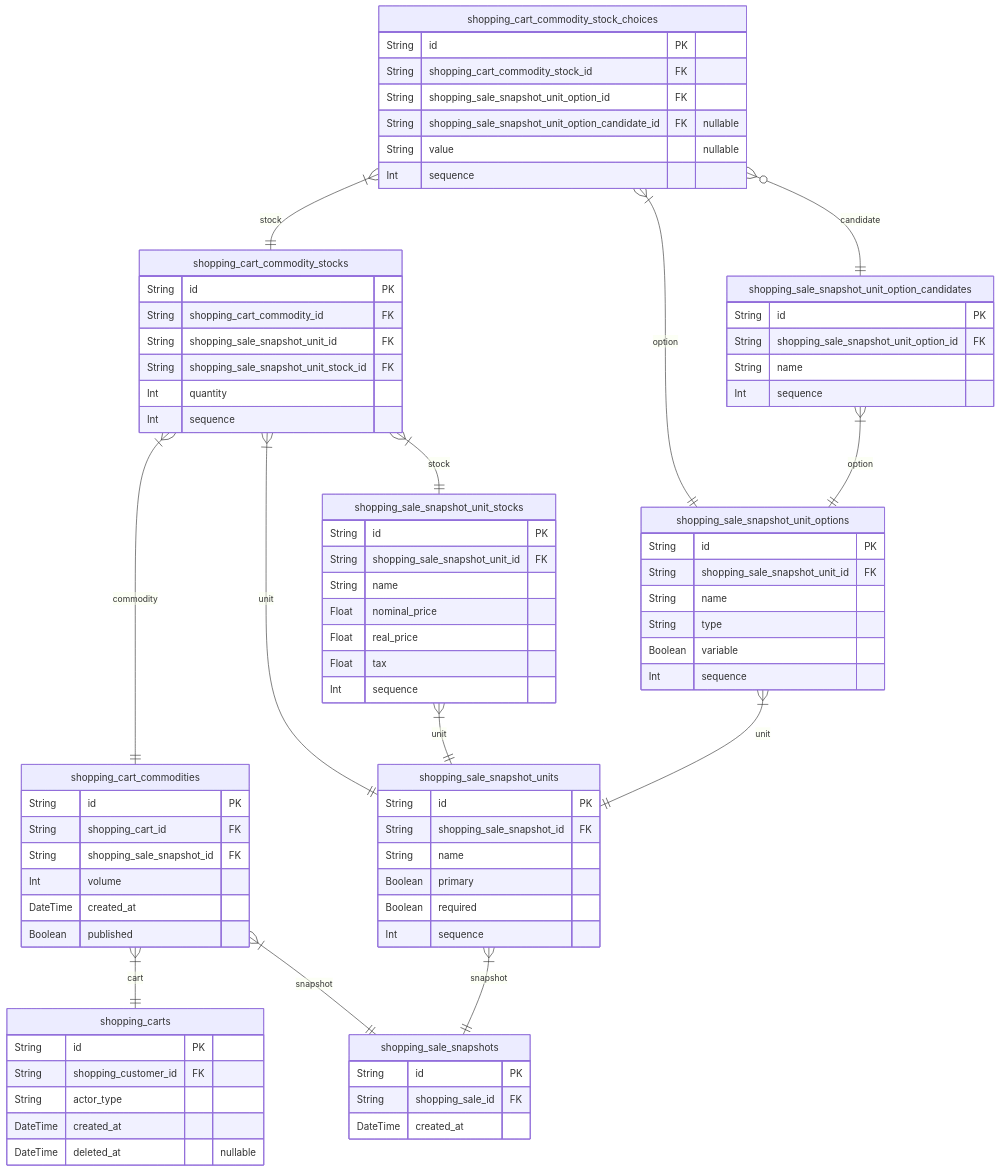
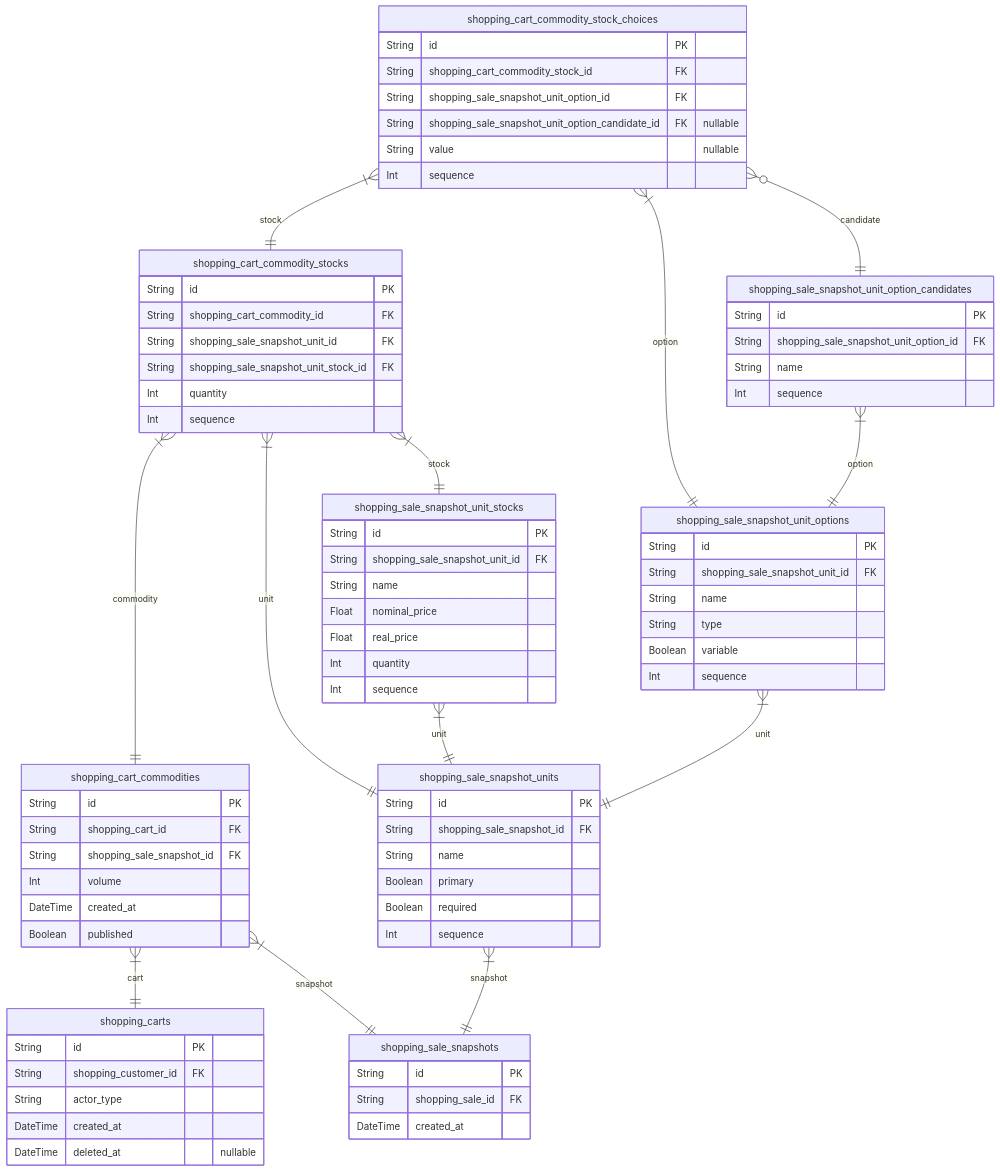
Before and after one commit to samchon/prisma-markdown: the sixth of 10 diagrams in ERD.md, drawn with Mermaid. The commit also changed other lines of this file and 1 other file, not shown here.

Commit message:
Advance example ERD

````diff
--- a/ERD.md
+++ b/ERD.md
@@ -1140,82 +1182,82 @@
 ```mermaid
 erDiagram
 "shopping_carts" {
     String id PK
     String shopping_customer_id FK
     String actor_type
     DateTime created_at
     DateTime deleted_at "nullable"
 }
 "shopping_cart_commodities" {
     String id PK
     String shopping_cart_id FK
     String shopping_sale_snapshot_id FK
     Int volume
     DateTime created_at
     Boolean published
 }
 "shopping_cart_commodity_stocks" {
     String id PK
     String shopping_cart_commodity_id FK
     String shopping_sale_snapshot_unit_id FK
     String shopping_sale_snapshot_unit_stock_id FK
     Int quantity
     Int sequence
 }
 "shopping_cart_commodity_stock_choices" {
     String id PK
     String shopping_cart_commodity_stock_id FK
     String shopping_sale_snapshot_unit_option_id FK
     String shopping_sale_snapshot_unit_option_candidate_id FK "nullable"
     String value "nullable"
     Int sequence
 }
 "shopping_sale_snapshots" {
     String id PK
     String shopping_sale_id FK
     DateTime created_at
 }
 "shopping_sale_snapshot_units" {
     String id PK
     String shopping_sale_snapshot_id FK
     String name
     Boolean primary
     Boolean required
     Int sequence
 }
 "shopping_sale_snapshot_unit_options" {
     String id PK
     String shopping_sale_snapshot_unit_id FK
     String name
     String type
     Boolean variable
     Int sequence
 }
 "shopping_sale_snapshot_unit_option_candidates" {
     String id PK
     String shopping_sale_snapshot_unit_option_id FK
     String name
     Int sequence
 }
 "shopping_sale_snapshot_unit_stocks" {
     String id PK
     String shopping_sale_snapshot_unit_id FK
     String name
     Float nominal_price
     Float real_price
-    Float tax
+    Int quantity
     Int sequence
 }
 "shopping_cart_commodities" }|--|| "shopping_carts" : cart
 "shopping_cart_commodities" }|--|| "shopping_sale_snapshots" : snapshot
 "shopping_cart_commodity_stocks" }|--|| "shopping_cart_commodities" : commodity
 "shopping_cart_commodity_stocks" }|--|| "shopping_sale_snapshot_units" : unit
 "shopping_cart_commodity_stocks" }|--|| "shopping_sale_snapshot_unit_stocks" : stock
 "shopping_cart_commodity_stock_choices" }|--|| "shopping_cart_commodity_stocks" : stock
 "shopping_cart_commodity_stock_choices" }|--|| "shopping_sale_snapshot_unit_options" : option
 "shopping_cart_commodity_stock_choices" }o--|| "shopping_sale_snapshot_unit_option_candidates" : candidate
 "shopping_sale_snapshot_units" }|--|| "shopping_sale_snapshots" : snapshot
 "shopping_sale_snapshot_unit_options" }|--|| "shopping_sale_snapshot_units" : unit
 "shopping_sale_snapshot_unit_option_candidates" }|--|| "shopping_sale_snapshot_unit_options" : option
 "shopping_sale_snapshot_unit_stocks" }|--|| "shopping_sale_snapshot_units" : unit
 ```
````
